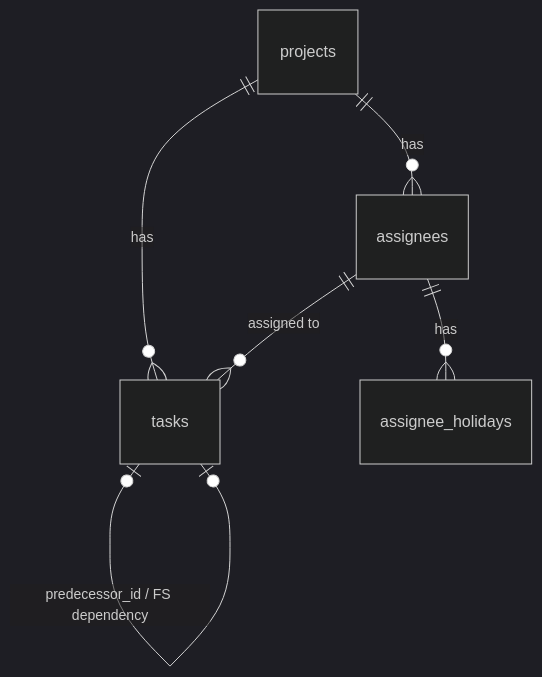
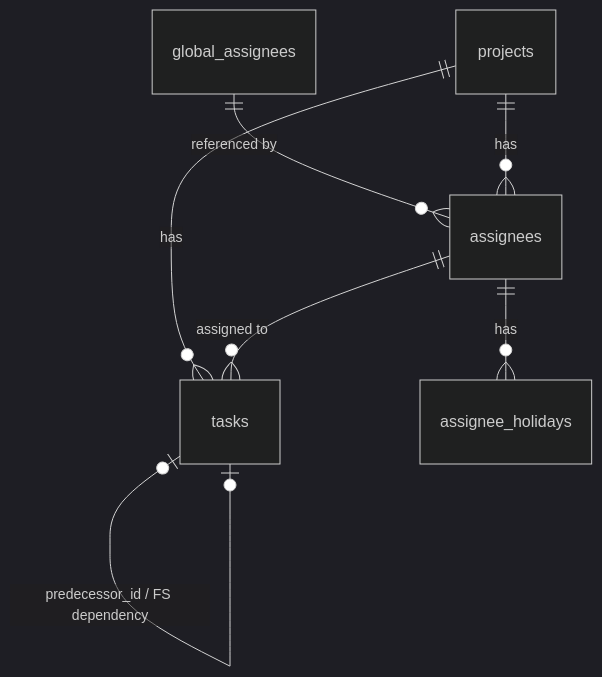
One commit to g1044291/WBSync changed the diagram in doc/db_design.md. Above: the diagram before and after it, drawn with Mermaid (dark theme). The commit also changed other lines of this file and 20 other files, not shown here.

````diff
--- a/doc/db_design.md
+++ b/doc/db_design.md
@@ -30,9 +31,10 @@
 ```mermaid
 erDiagram
+    global_assignees ||--o{ assignees : "referenced by"
     projects ||--o{ assignees : "has"
     projects ||--o{ tasks : "has"
     tasks    |o--o{ tasks : "parent_id / children"
     tasks    |o--o| tasks : "predecessor_id / FS dependency"
     assignees ||--o{ tasks : "assigned to"
     assignees ||--o{ assignee_holidays : "has"
 ```
````
